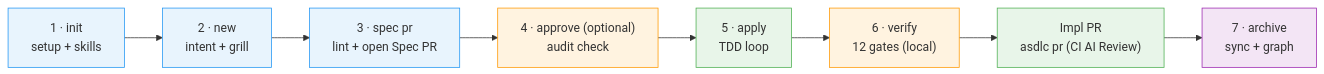
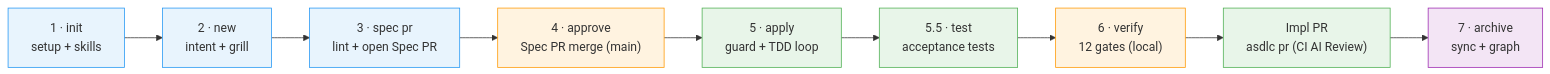
The first of 2 diagrams in README.md (akjamie/agentic-sdlc), drawn with Mermaid before and after one commit. The commit also changed other lines of this file, not shown here.

Commit message:
docs: enrich README with enterprise quality gates, approval guards, and acceptance test invariants

````diff
--- a/README.md
+++ b/README.md
@@ -111,19 +126,21 @@
 ```mermaid
 flowchart LR
     S1["1 · init<br/>setup + skills"] --> S2["2 · new<br/>intent + grill"]
     S2 --> S3["3 · spec pr<br/>lint + open Spec PR"]
-    S3 --> S4["4 · approve (optional)<br/>audit check"]
-    S4 --> S5["5 · apply<br/>TDD loop"]
-    S5 --> S6["6 · verify<br/>12 gates (local)"]
+    S3 --> S4["4 · approve<br/>Spec PR merge (main)"]
+    S4 --> S5["5 · apply<br/>guard + TDD loop"]
+    S5 --> S5b["5.5 · test<br/>acceptance tests"]
+    S5b --> S6["6 · verify<br/>12 gates (local)"]
     S6 --> PR2["Impl PR<br/>asdlc pr (CI AI Review)"]
     PR2 --> S7["7 · archive<br/>sync + graph"]
 
     style S1 fill:#e8f4fd,stroke:#2196f3
     style S2 fill:#e8f4fd,stroke:#2196f3
     style S3 fill:#e8f4fd,stroke:#2196f3
     style S4 fill:#fff3e0,stroke:#ff9800
     style S5 fill:#e8f5e9,stroke:#4caf50
+    style S5b fill:#e8f5e9,stroke:#4caf50
     style S6 fill:#fff3e0,stroke:#ff9800
     style PR2 fill:#e8f5e9,stroke:#4caf50
     style S7 fill:#f3e5f5,stroke:#9c27b0
 ```
````
